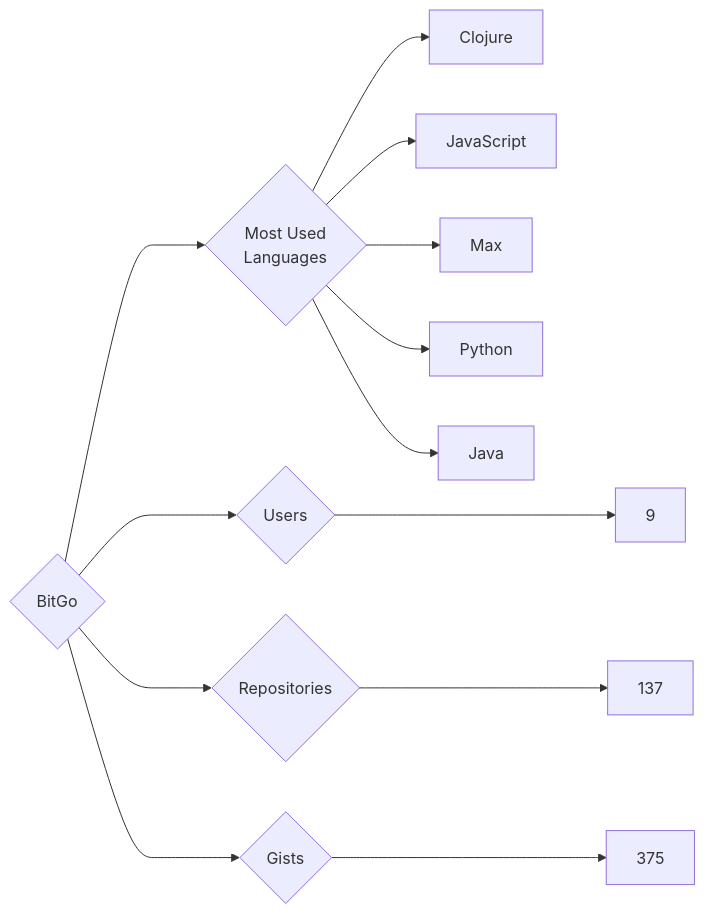
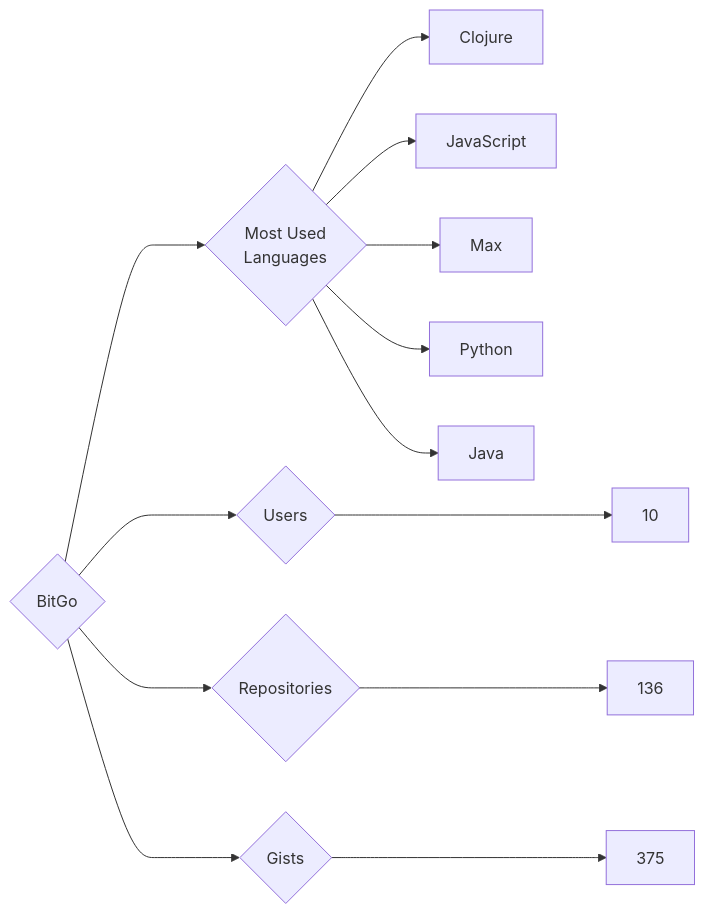
Before and after one commit to trickest/insiders: the diagram in targets/BitGo/README.md, drawn with Mermaid. The commit also changed 1023 other files, not shown here.

````diff
--- a/targets/BitGo/README.md
+++ b/targets/BitGo/README.md
@@ -3,13 +3,13 @@
 ```mermaid
 graph LR
 COMPANY_NAME{BitGo}
-COMPANY_NAME ---> U{Users} ---> UN[9]
-COMPANY_NAME ---> R{Repositories} ---> RN[137]
+COMPANY_NAME ---> U{Users} ---> UN[10]
+COMPANY_NAME ---> R{Repositories} ---> RN[136]
 COMPANY_NAME ---> G{Gists} ---> GN[375]
 COMPANY_NAME ---> ML{Most Used<br>Languages}
 ML --> Clojure[Clojure]
 ML --> JavaScript[JavaScript]
 ML --> Max[Max]
 ML --> Python[Python]
 ML --> Java[Java]
 ```
````
